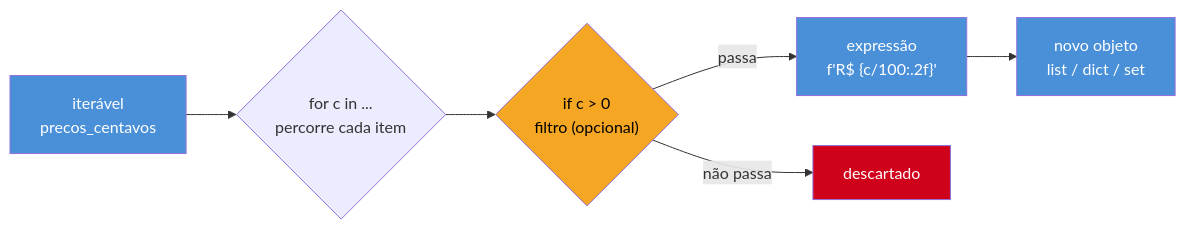
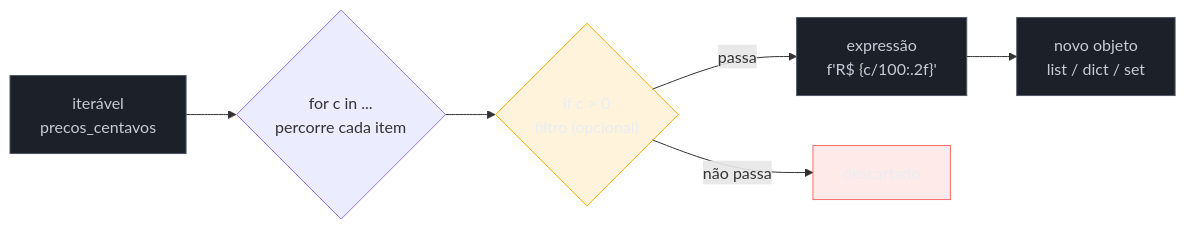
The diagram in 03-Dominios/Tecnologia/Python/Collections e Comprehensions/05 - Comprehensions — list, dict, set e generator expressions.md (josenaldo/codex-technomanticus), drawn with Mermaid before and after one commit. The commit also changed 1181 other files, not shown here.

First line of the commit message:
fix(diagramas): paleta do sistema no lugar de cor cravada no markdown

````diff
--- a/03-Dominios/Tecnologia/Python/Collections e Comprehensions/05 - Comprehensions — list, dict, set e generator expressions.md
+++ b/03-Dominios/Tecnologia/Python/Collections e Comprehensions/05 - Comprehensions — list, dict, set e generator expressions.md
@@ -66,14 +66,17 @@
 ```mermaid
 flowchart LR
+    classDef neutro fill:#1B2029,stroke:#4E5666,color:#C6CCD8
+    classDef destaque fill:#FFAA0024,stroke:#FFAA00,color:#E9ECF2
+    classDef falha fill:#FF6B6B24,stroke:#FF6B6B,color:#E9ECF2
     A["iterável<br/>precos_centavos"] --> B{"for c in ...<br/>percorre cada item"}
     B --> C{"if c > 0<br/>filtro (opcional)"}
     C -->|"passa"| D["expressão<br/>f'R$ {c/100:.2f}'"]
     C -->|"não passa"| E["descartado"]
     D --> F["novo objeto<br/>list / dict / set"]
 
-    style A fill:#4A90D9,color:#fff
-    style D fill:#4A90D9,color:#fff
-    style F fill:#4A90D9,color:#fff
-    style C fill:#F5A623,color:#000
-    style E fill:#D0021B,color:#fff
+    class A neutro
+    class D neutro
+    class F neutro
+    class C destaque
+    class E falha
 ```
````
